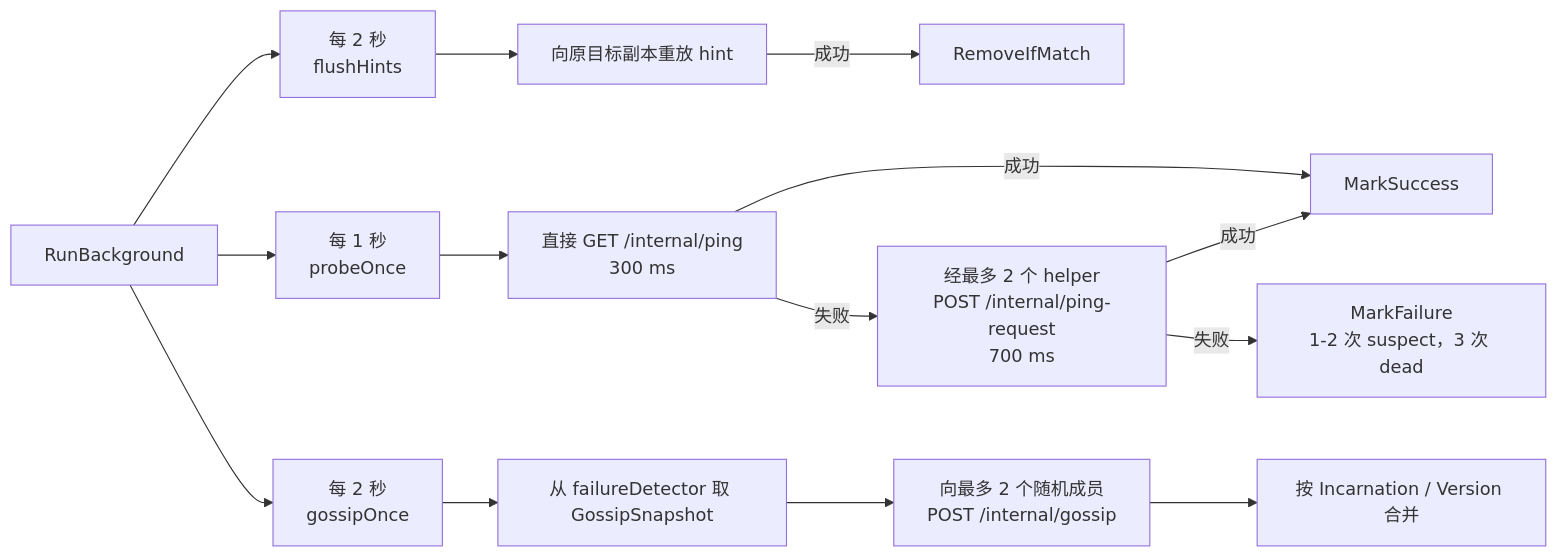
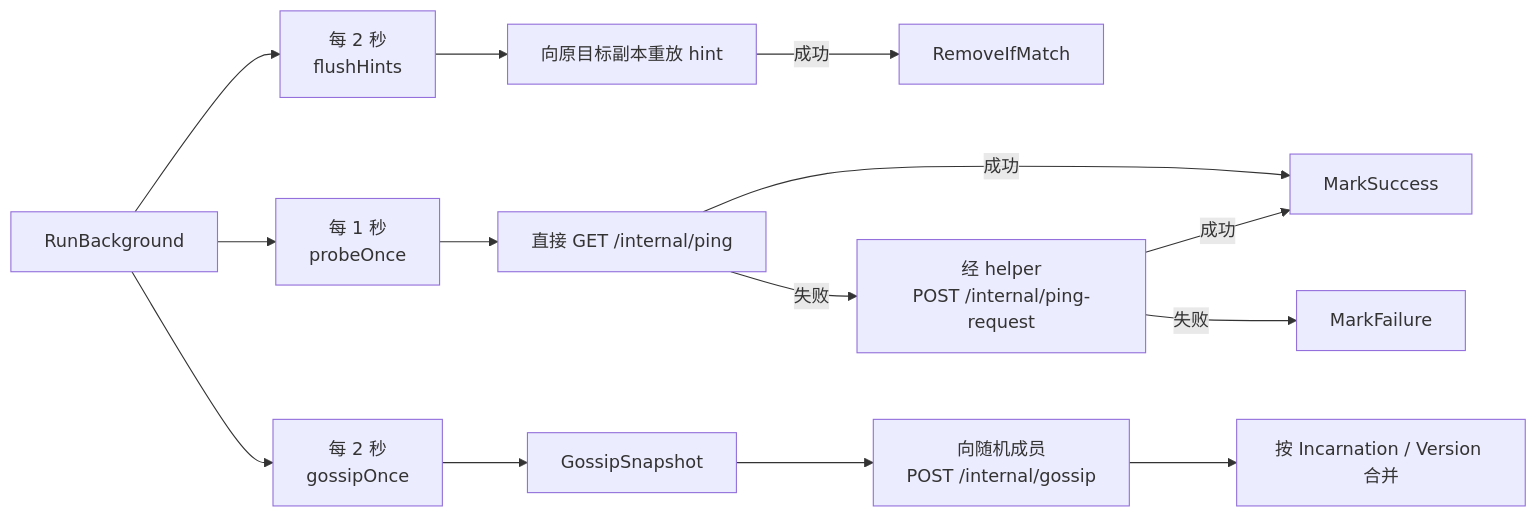
The seventh of 9 diagrams in ARCHITECTURE.md (huanzichen00/minidist), drawn with Mermaid before and after one commit. The commit also changed other lines of this file, not shown here.

Commit message:
docs: update architecture for object storage layer

````diff
--- a/ARCHITECTURE.md
+++ b/ARCHITECTURE.md
@@ -238,24 +410,24 @@
 ```mermaid
 flowchart LR
     BG[RunBackground]
     H[每 2 秒\nflushHints]
     P[每 1 秒\nprobeOnce]
     G[每 2 秒\ngossipOnce]
 
     BG --> H
     BG --> P
     BG --> G
 
     H --> HR[向原目标副本重放 hint]
     HR -->|成功| HD[RemoveIfMatch]
 
-    P --> DP[直接 GET /internal/ping\n300 ms]
-    DP -->|失败| IP[经最多 2 个 helper\nPOST /internal/ping-request\n700 ms]
+    P --> DP[直接 GET /internal/ping]
+    DP -->|失败| IP[经 helper\nPOST /internal/ping-request]
     DP -->|成功| Alive[MarkSuccess]
     IP -->|成功| Alive
-    IP -->|失败| Failure[MarkFailure\n1-2 次 suspect，3 次 dead]
+    IP -->|失败| Failure[MarkFailure]
 
-    G --> GS[从 failureDetector 取 GossipSnapshot]
-    GS --> GP[向最多 2 个随机成员\nPOST /internal/gossip]
+    G --> GS[GossipSnapshot]
+    GS --> GP[向随机成员\nPOST /internal/gossip]
     GP --> Merge[按 Incarnation / Version 合并]
 ```
````
